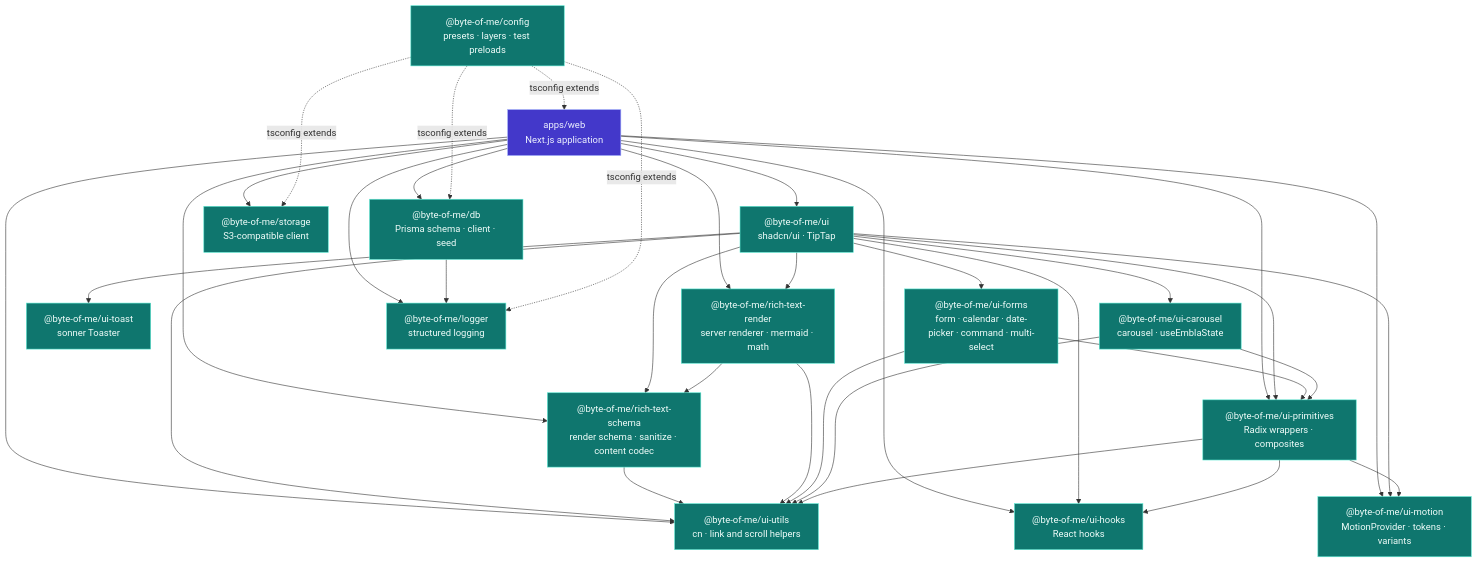
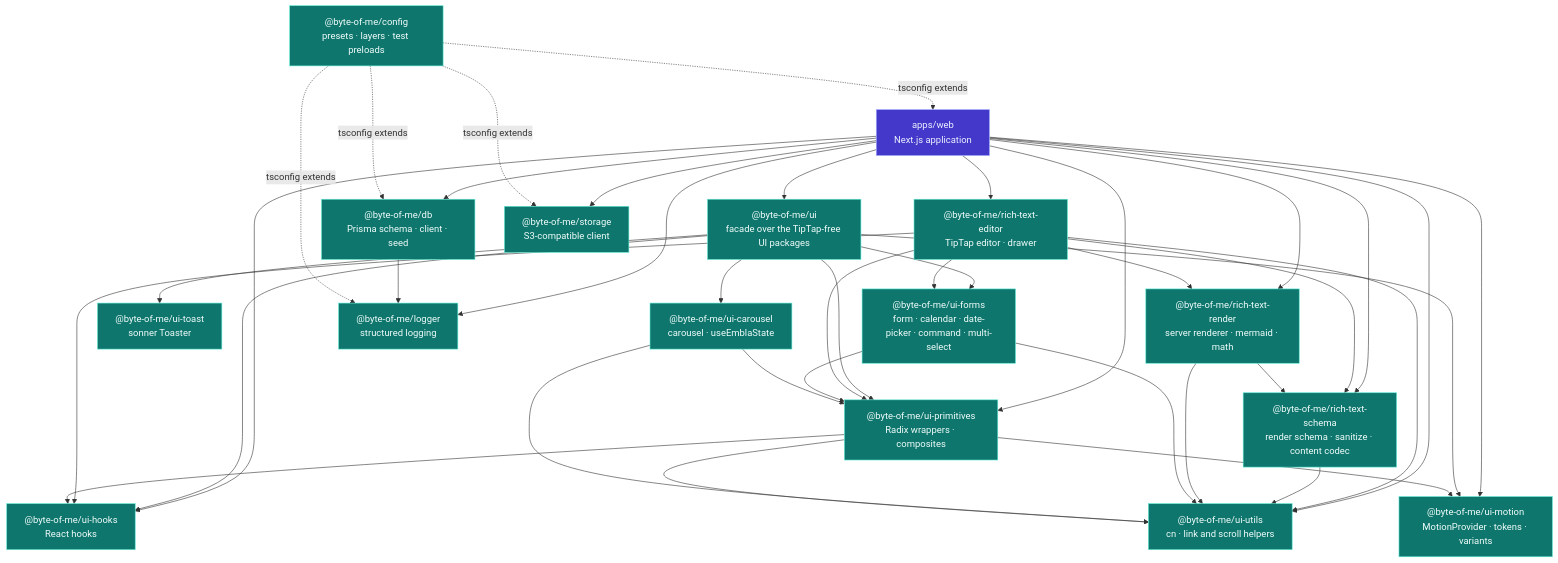
Before and after one commit to lthphuw/byte-of-me: the second of 9 diagrams in docs/architecture.md, drawn with Mermaid. The commit also changed other lines of this file and 92 other files, not shown here.

````diff
--- a/docs/architecture.md
+++ b/docs/architecture.md
@@ -99,61 +99,66 @@
 ```mermaid
 flowchart TB
     WEB["apps/web<br/>Next.js application"]
 
-    UI["@byte-of-me/ui<br/>shadcn/ui · TipTap"]
+    UI["@byte-of-me/ui<br/>facade over the TipTap-free UI packages"]
+    EDITOR["@byte-of-me/rich-text-editor<br/>TipTap editor · drawer"]
     SCHEMA["@byte-of-me/rich-text-schema<br/>render schema · sanitize · content codec"]
     RENDER["@byte-of-me/rich-text-render<br/>server renderer · mermaid · math"]
     UTILS["@byte-of-me/ui-utils<br/>cn · link and scroll helpers"]
     HOOKS["@byte-of-me/ui-hooks<br/>React hooks"]
     MOTION["@byte-of-me/ui-motion<br/>MotionProvider · tokens · variants"]
     PRIMS["@byte-of-me/ui-primitives<br/>Radix wrappers · composites"]
     TOAST["@byte-of-me/ui-toast<br/>sonner Toaster"]
     FORMS["@byte-of-me/ui-forms<br/>form · calendar · date-picker · command · multi-select"]
     CAROUSEL["@byte-of-me/ui-carousel<br/>carousel · useEmblaState"]
     DB["@byte-of-me/db<br/>Prisma schema · client · seed"]
     ST["@byte-of-me/storage<br/>S3-compatible client"]
     LOG["@byte-of-me/logger<br/>structured logging"]
     CFG["@byte-of-me/config<br/>presets · layers · test preloads"]
 
     WEB --> UI
+    WEB --> EDITOR
     WEB --> SCHEMA
     WEB --> RENDER
     WEB --> UTILS
     WEB --> HOOKS
     WEB --> MOTION
     WEB --> PRIMS
     WEB --> DB
     WEB --> ST
     WEB --> LOG
-    UI --> SCHEMA
-    UI --> RENDER
-    UI --> UTILS
     UI --> HOOKS
     UI --> MOTION
     UI --> PRIMS
     UI --> TOAST
     UI --> FORMS
     UI --> CAROUSEL
+    EDITOR --> SCHEMA
+    EDITOR --> RENDER
+    EDITOR --> UTILS
+    EDITOR --> HOOKS
+    EDITOR --> PRIMS
+    EDITOR --> FORMS
     SCHEMA --> UTILS
     RENDER --> SCHEMA
     RENDER --> UTILS
     FORMS --> PRIMS
     FORMS --> UTILS
     CAROUSEL --> PRIMS
     CAROUSEL --> UTILS
     PRIMS --> UTILS
     PRIMS --> HOOKS
     PRIMS --> MOTION
     DB --> LOG
 
     CFG -.->|"tsconfig extends"| WEB
     CFG -.->|"tsconfig extends"| DB
     CFG -.->|"tsconfig extends"| ST
     CFG -.->|"tsconfig extends"| LOG
 
     classDef app fill:#4338ca,stroke:#a5b4fc,color:#eef2ff
     classDef pkg fill:#0f766e,stroke:#5eead4,color:#f0fdfa
 
     class WEB app
-    class UI,SCHEMA,RENDER,UTILS,HOOKS,MOTION,PRIMS,TOAST,FORMS,CAROUSEL,DB,ST,LOG,CFG pkg
+    class UI,EDITOR,SCHEMA,RENDER,UTILS,HOOKS,MOTION,PRIMS,TOAST,FORMS,CAROUSEL,DB,ST,LOG,CFG pkg
 ```
````
